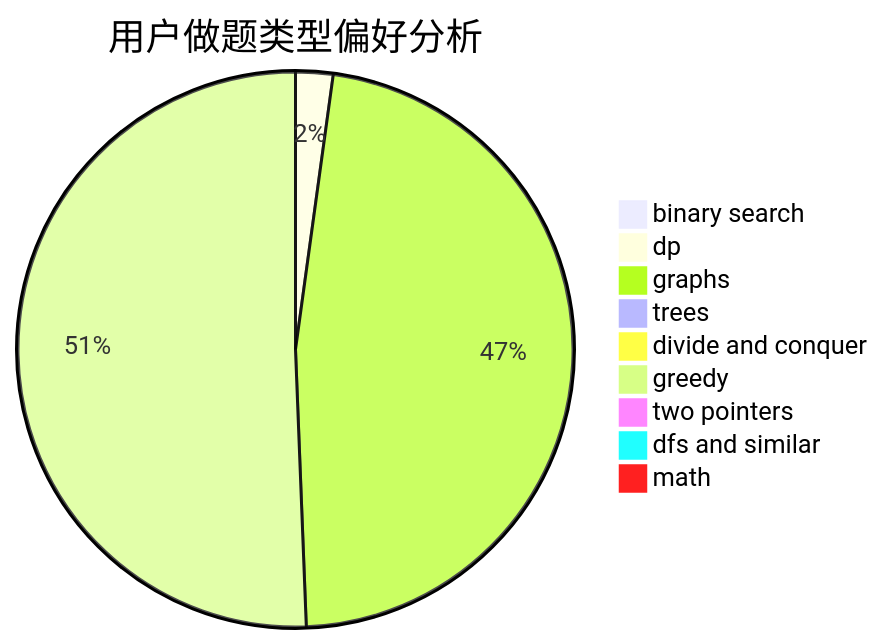
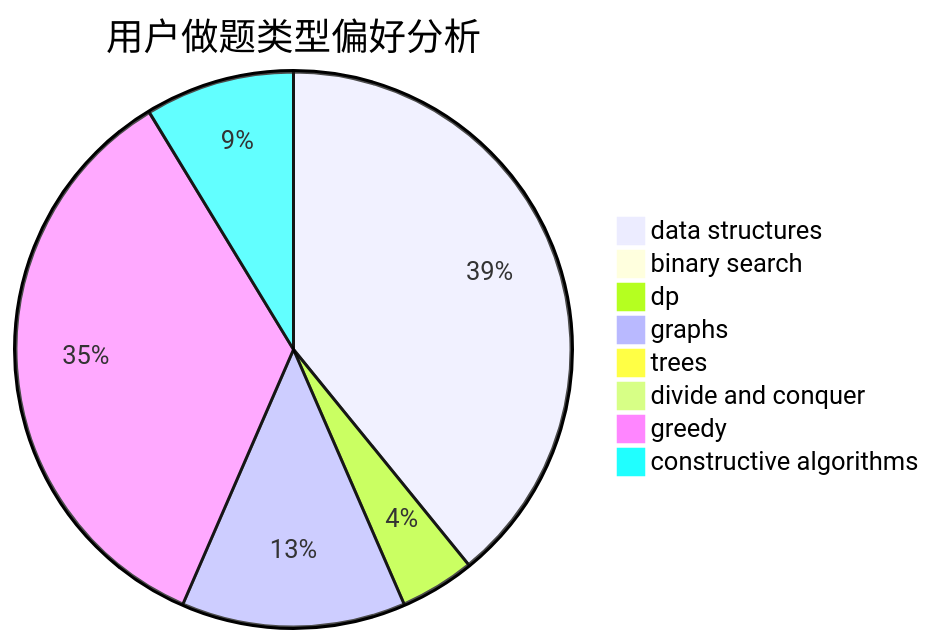
One commit to sherpahu/cfrs.github.io changed the second of 3 diagrams in docs/user/u2126.md. Above: the diagram before and after it, drawn with Mermaid. The commit also changed other lines of this file and 2775 other files, not shown here.

````diff
--- a/docs/user/u2126.md
+++ b/docs/user/u2126.md
@@ -23,12 +23,11 @@
 ```mermaid
 pie title 用户做题类型偏好分析
+    "data structures" :  18
     "binary search" :  0
-    "dp" :  7
-    "graphs" :  152
+    "dp" :  2
+    "graphs" :  6
     "trees" :  0
     "divide and conquer" :  0
-    "greedy" :  163
-    "two pointers" :  0
-    "dfs and similar" :  0
-    "math" :  0
+    "greedy" :  16
+    "constructive algorithms" :  4
 ```
````
